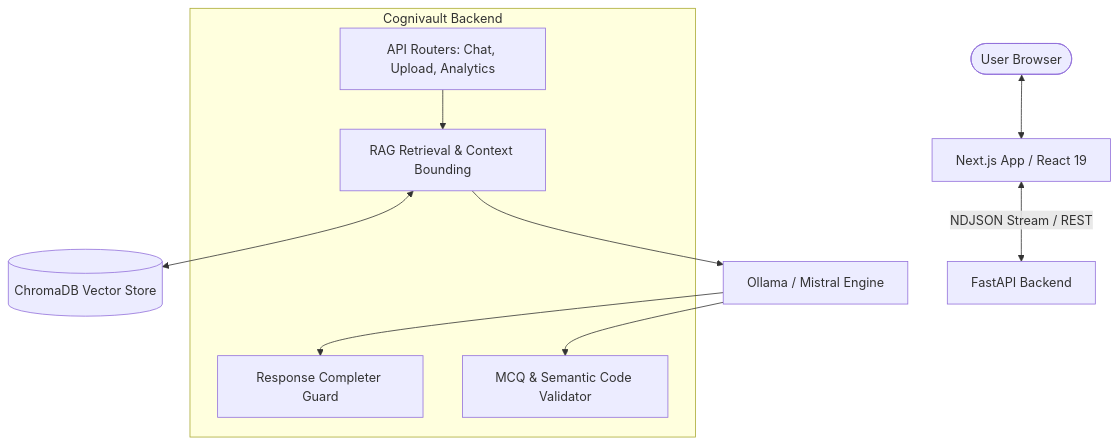
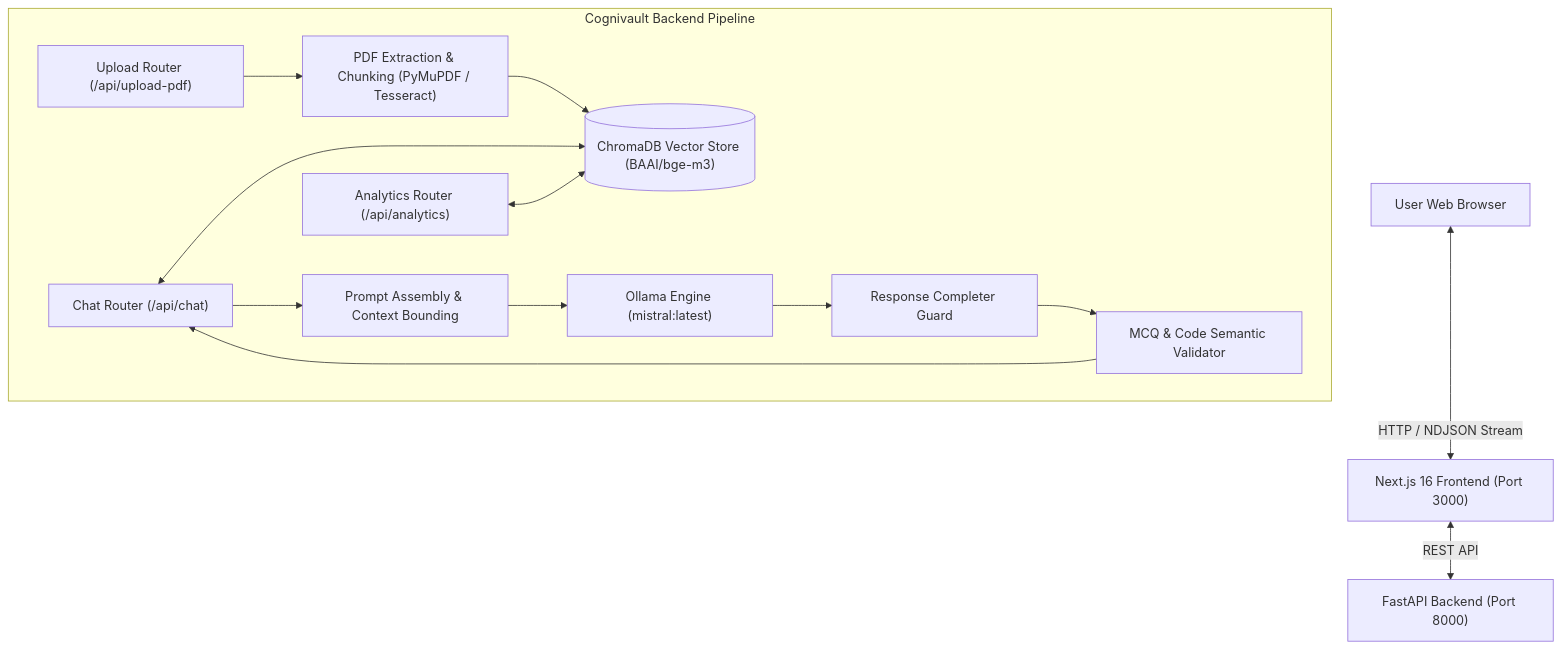
The diagram in README.md (Darshan3121/COGNIVAULT), drawn with Mermaid before and after one commit. The commit also changed other lines of this file and 3 other files, not shown here.

````diff
--- a/README.md
+++ b/README.md
@@ -25,18 +48,28 @@
 ```mermaid
 flowchart TD
-    User([User Browser]) <--> Frontend[Next.js App / React 19]
-    Frontend <-->|NDJSON Stream / REST| Backend[FastAPI Backend]
-    
-    subgraph Cognivault Backend
-        Router[API Routers: Chat, Upload, Analytics]
-        RAG[RAG Retrieval & Context Bounding]
-        Validator[MCQ & Semantic Code Validator]
-        Completer[Response Completer Guard]
+    User["User Web Browser"] <-->|HTTP / NDJSON Stream| Frontend["Next.js 16 Frontend (Port 3000)"]
+    Frontend <-->|REST API| Backend["FastAPI Backend (Port 8000)"]
+
+    subgraph Cognivault_Backend ["Cognivault Backend Pipeline"]
+        UploadRouter["Upload Router (/api/upload-pdf)"]
+        ChatRouter["Chat Router (/api/chat)"]
+        AnalyticsRouter["Analytics Router (/api/analytics)"]
+
+        Chunker["PDF Extraction & Chunking (PyMuPDF / Tesseract)"]
+        VectorDB[("ChromaDB Vector Store (BAAI/bge-m3)")]
+        PromptEngine["Prompt Assembly & Context Bounding"]
+        OllamaLLM["Ollama Engine (mistral:latest)"]
+        Completer["Response Completer Guard"]
+        Validator["MCQ & Code Semantic Validator"]
     end
-    
-    Router --> RAG
-    RAG <--> VectorDB[(ChromaDB Vector Store)]
-    RAG --> LLM[Ollama / Mistral Engine]
-    LLM --> Completer
-    LLM --> Validator
+
+    UploadRouter --> Chunker
+    Chunker --> VectorDB
+    ChatRouter <--> VectorDB
+    ChatRouter --> PromptEngine
+    PromptEngine --> OllamaLLM
+    OllamaLLM --> Completer
+    Completer --> Validator
+    Validator --> ChatRouter
+    AnalyticsRouter <--> VectorDB
 ```
````
